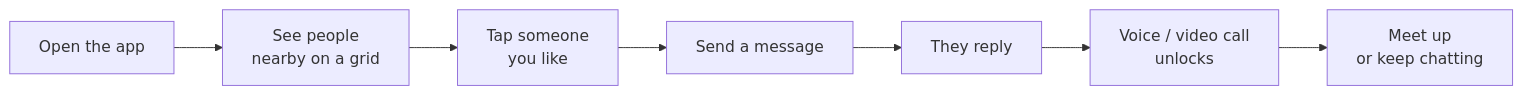
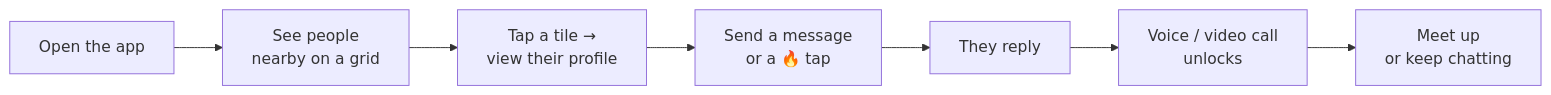
Before and after one commit to Prakash9019/Project: the first of 3 diagrams in docs/non-technical/PRODUCT_OVERVIEW.md, drawn with Mermaid. The commit also changed other lines of this file and 59 other files, not shown here.

````diff
--- a/docs/non-technical/PRODUCT_OVERVIEW.md
+++ b/docs/non-technical/PRODUCT_OVERVIEW.md
@@ -29,9 +29,9 @@
 ```mermaid
 graph LR
     A[Open the app] --> B[See people<br/>nearby on a grid]
-    B --> C[Tap someone<br/>you like]
-    C --> D[Send a message]
+    B --> C[Tap a tile →<br/>view their profile]
+    C --> D[Send a message<br/>or a 🔥 tap]
     D --> E[They reply]
     E --> F[Voice / video call<br/>unlocks]
     F --> G[Meet up<br/>or keep chatting]
 ```
````
